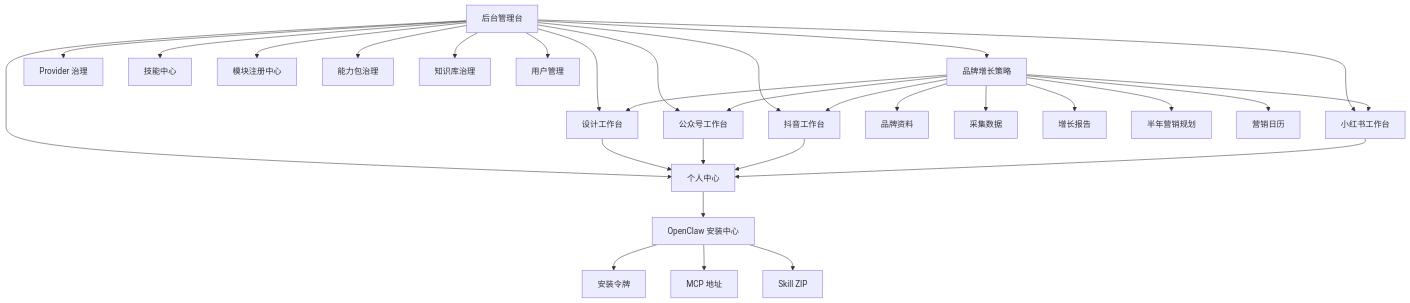
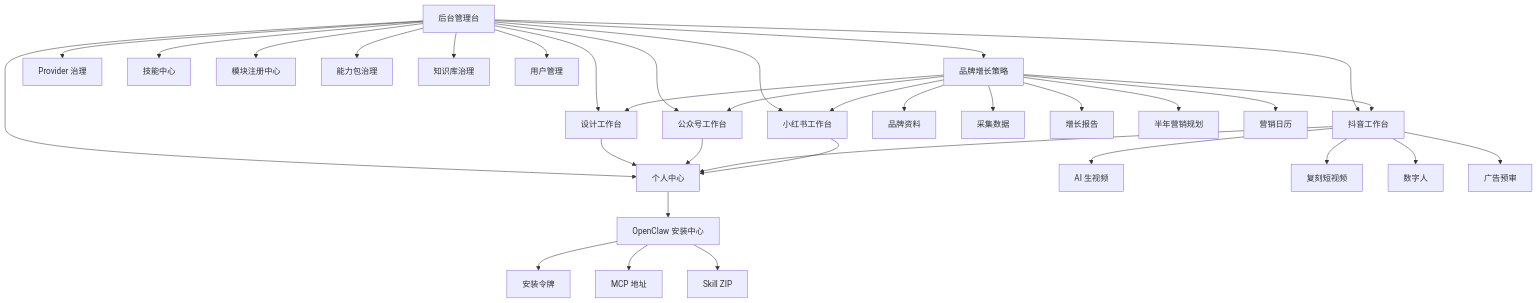
One commit to Depthukesh/ai-omni-ops-system changed the third of 5 diagrams in docs/site-map-mermaid.md. Above: the diagram before and after it, drawn with Mermaid. The commit also changed 16 other files, not shown here.

````diff
--- a/docs/site-map-mermaid.md
+++ b/docs/site-map-mermaid.md
@@ -87,46 +87,51 @@
 ```mermaid
 flowchart TD
     A["品牌增长策略"]
     B["小红书工作台"]
     C["抖音工作台"]
     D["公众号工作台"]
     E["设计工作台"]
     F["个人中心"]
     G["后台管理台"]
     H["OpenClaw 安装中心"]
 
     A --> A1["品牌资料"]
     A --> A2["采集数据"]
     A --> A3["增长报告"]
     A --> A4["半年营销规划"]
     A --> A5["营销日历"]
 
     A --> B
     A --> C
     A --> D
     A --> E
+
+    C --> C1["AI 生视频"]
+    C --> C2["复刻短视频"]
+    C --> C3["数字人"]
+    C --> C4["广告预审"]
 
     B --> F
     C --> F
     D --> F
     E --> F
 
     G --> G1["Provider 治理"]
     G --> G2["技能中心"]
     G --> G3["模块注册中心"]
     G --> G4["能力包治理"]
     G --> G5["知识库治理"]
     G --> G6["用户管理"]
 
     G --> A
     G --> B
     G --> C
     G --> D
     G --> E
     G --> F
 
     F --> H
     H --> H1["安装令牌"]
     H --> H2["MCP 地址"]
     H --> H3["Skill ZIP"]
 ```
````
